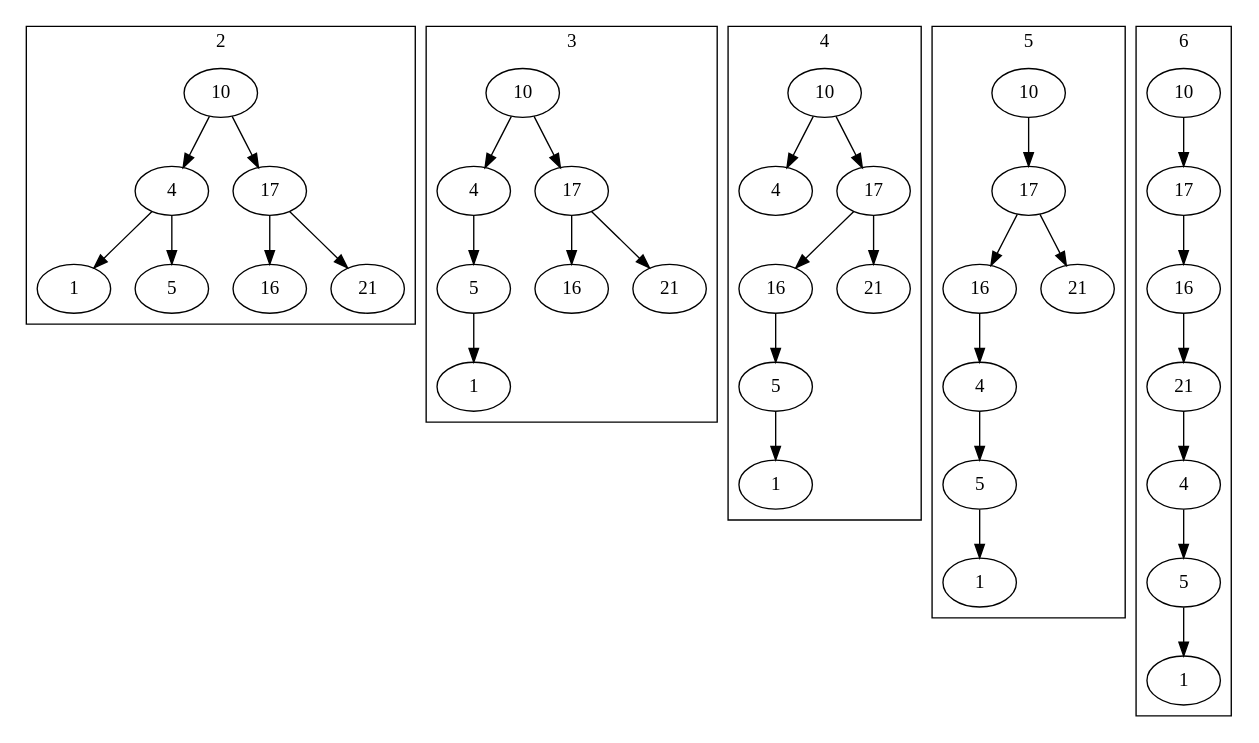
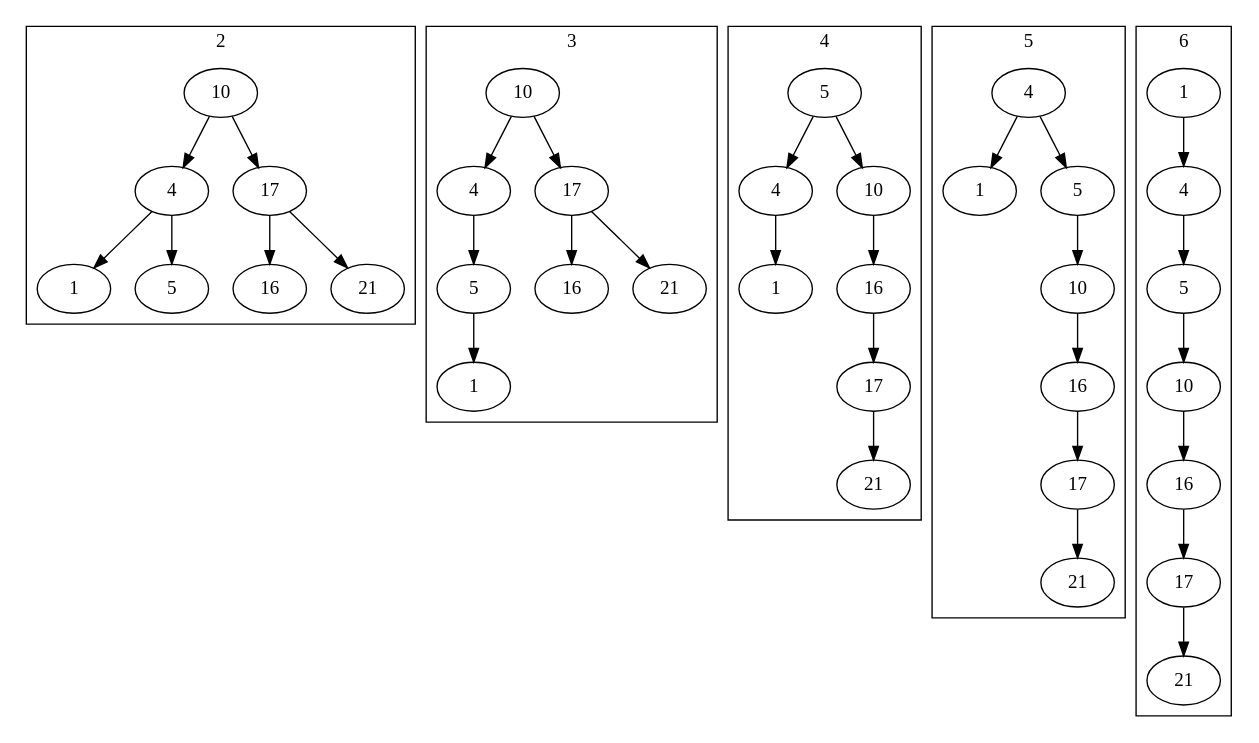
One commit to klutometis/clrs changed the diagram in 12.1/12.1-1.dot. Above: the diagram before and after it, drawn with Graphviz. The commit also changed 1 other file, not shown here.

```diff
--- a/12.1/12.1-1.dot
+++ b/12.1/12.1-1.dot
@@ -1,65 +1,64 @@
 digraph G {
         subgraph cluster_2 {
                 label=2
                 a1 [label="1"]
                 a4 [label="4"]
                 a5 [label="5"]
                 a10 [label="10"]
                 a16 [label="16"]
                 a17 [label="17"]
                 a21 [label="21"]
                 a10 -> a4 -> a5
                 a4 -> a1
                 a10 -> a17 -> a21
                 a17 -> a16
         }
         subgraph cluster_3 {
                 label=3
                 b1 [label="1"]
                 b4 [label="4"]
                 b5 [label="5"]
                 b10 [label="10"]
                 b16 [label="16"]
                 b17 [label="17"]
                 b21 [label="21"]
                 b10 -> b4 -> b5 -> b1
                 b10 -> b17 -> b21
                 b17 -> b16
         }
         subgraph cluster_4 {
                 label=4
                 c1 [label="1"]
                 c4 [label="4"]
                 c5 [label="5"]
                 c10 [label="10"]
                 c16 [label="16"]
                 c17 [label="17"]
                 c21 [label="21"]
-                c10 -> c4
-                c10 -> c17 -> c16 -> c5 -> c1
-                c17 -> c21
+                c5 -> c4 -> c1
+                c5 -> c10 -> c16 -> c17 -> c21
         }
         subgraph cluster_5 {
                 label=5
                 d1 [label="1"]
                 d4 [label="4"]
                 d5 [label="5"]
                 d10 [label="10"]
                 d16 [label="16"]
                 d17 [label="17"]
                 d21 [label="21"]
-                d10 -> d17 -> d16 -> d4 -> d5 -> d1
-                d17 -> d21
+                d4 -> d1
+                d4 -> d5 -> d10 -> d16 -> d17 -> d21
         }
         subgraph cluster_6 {
                 label=6
                 e1 [label="1"]
                 e4 [label="4"]
                 e5 [label="5"]
                 e10 [label="10"]
                 e16 [label="16"]
                 e17 [label="17"]
                 e21 [label="21"]
-                e10 -> e17 -> e16 -> e21 -> e4 -> e5 -> e1
+                e1 -> e4 -> e5 -> e10 -> e16 -> e17 -> e21
         }
 }
```
